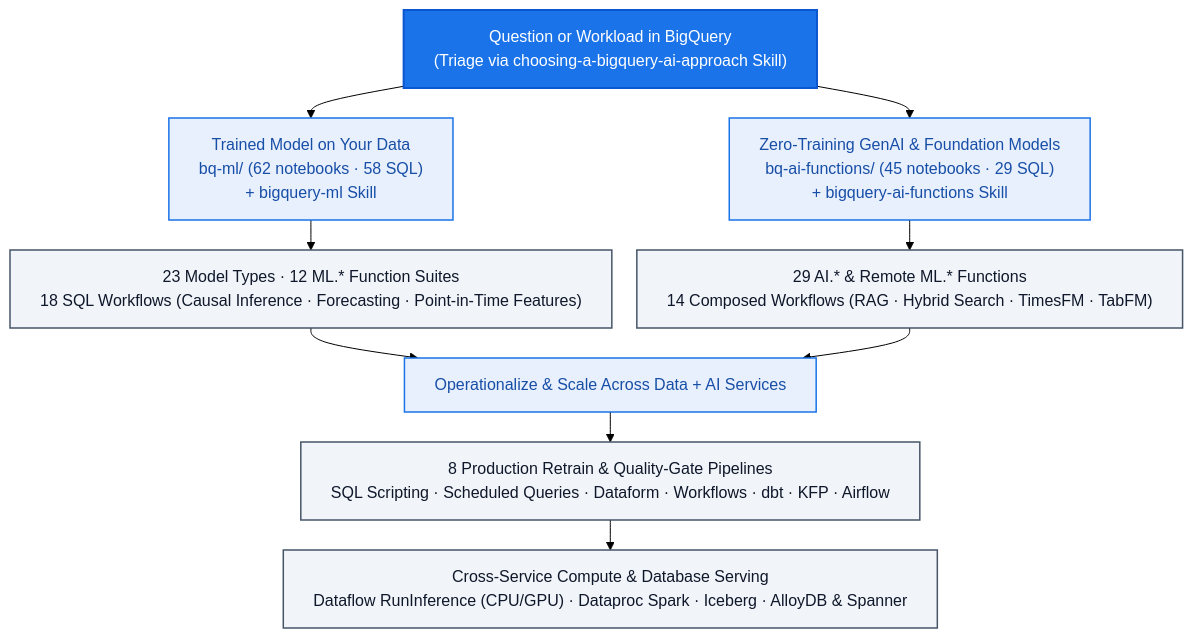
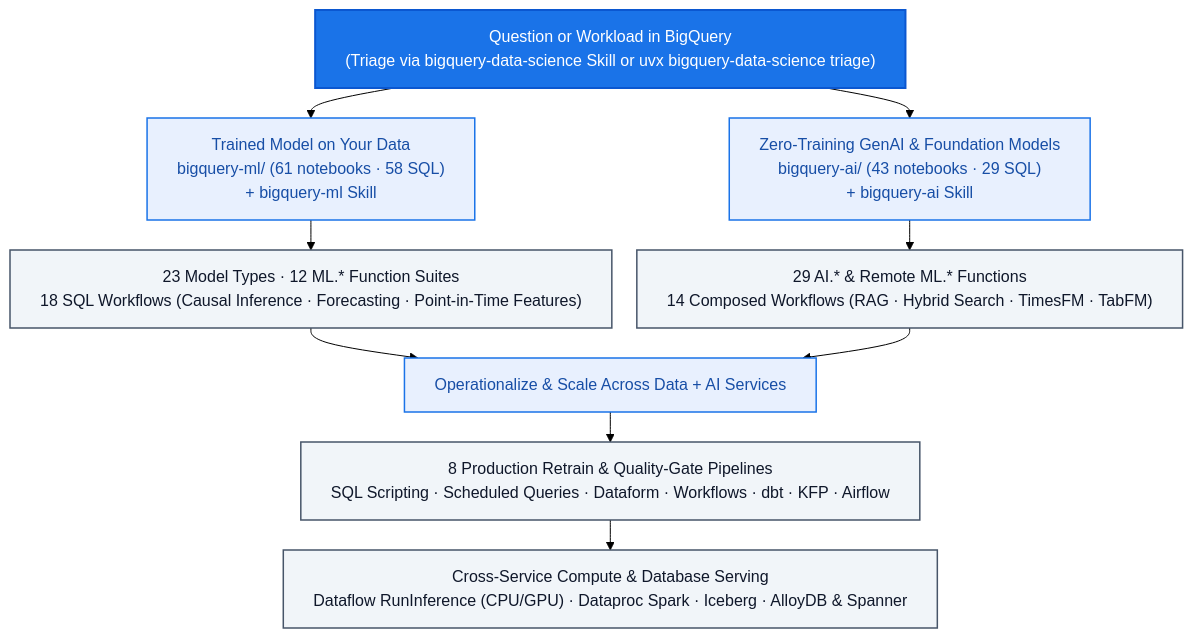
One commit to statmike/gcp-mlops changed the diagram in data+ai/readme.md. Above: the diagram before and after it, drawn with Mermaid (forest theme). The commit also changed other lines of this file and 501 other files, not shown here.

Commit message:
docs: point bq-ml, bq-ai-functions & agent-skills to statmike/bigquery-data-science and PyPI

````diff
--- a/data+ai/readme.md
+++ b/data+ai/readme.md
@@ -44,20 +51,20 @@
 ```mermaid
 %%{init: {'flowchart': {'wrappingWidth': 650, 'nodeSpacing': 25, 'rankSpacing': 30}}}%%
 flowchart TD
-    Q["Question or Workload in BigQuery<br/>(Triage via choosing-a-bigquery-ai-approach Skill)"]
-    Q --> PathA["Trained Model on Your Data<br/>bq-ml/ (62 notebooks · 58 SQL)<br/>+ bigquery-ml Skill"]
-    Q --> PathB["Zero-Training GenAI & Foundation Models<br/>bq-ai-functions/ (45 notebooks · 29 SQL)<br/>+ bigquery-ai-functions Skill"]
+    Q["Question or Workload in BigQuery<br/>(Triage via bigquery-data-science Skill or uvx bigquery-data-science triage)"]
+    Q --> PathA["Trained Model on Your Data<br/>bigquery-ml/ (61 notebooks · 58 SQL)<br/>+ bigquery-ml Skill"]
+    Q --> PathB["Zero-Training GenAI & Foundation Models<br/>bigquery-ai/ (43 notebooks · 29 SQL)<br/>+ bigquery-ai Skill"]
     PathA --> Models["23 Model Types · 12 ML.* Function Suites<br/>18 SQL Workflows (Causal Inference · Forecasting · Point-in-Time Features)"]
     PathB --> Functions["29 AI.* & Remote ML.* Functions<br/>14 Composed Workflows (RAG · Hybrid Search · TimesFM · TabFM)"]
     Models --> Scale["Operationalize & Scale Across Data + AI Services"]
     Functions --> Scale
     Scale --> Pipelines["8 Production Retrain & Quality-Gate Pipelines<br/>SQL Scripting · Scheduled Queries · Dataform · Workflows · dbt · KFP · Airflow"]
     Pipelines --> Cross["Cross-Service Compute & Database Serving<br/>Dataflow RunInference (CPU/GPU) · Dataproc Spark · Iceberg · AlloyDB & Spanner"]
 
     classDef top fill:#1a73e8,stroke:#0b57d0,stroke-width:2px,color:#ffffff
     classDef branch fill:#e8f0fe,stroke:#1a73e8,stroke-width:1.5px,color:#174ea6
     classDef detail fill:#f1f5f9,stroke:#475569,stroke-width:1.5px,color:#0f172a
     class Q top
     class PathA,PathB,Scale branch
     class Models,Functions,Pipelines,Cross detail
 ```
````
